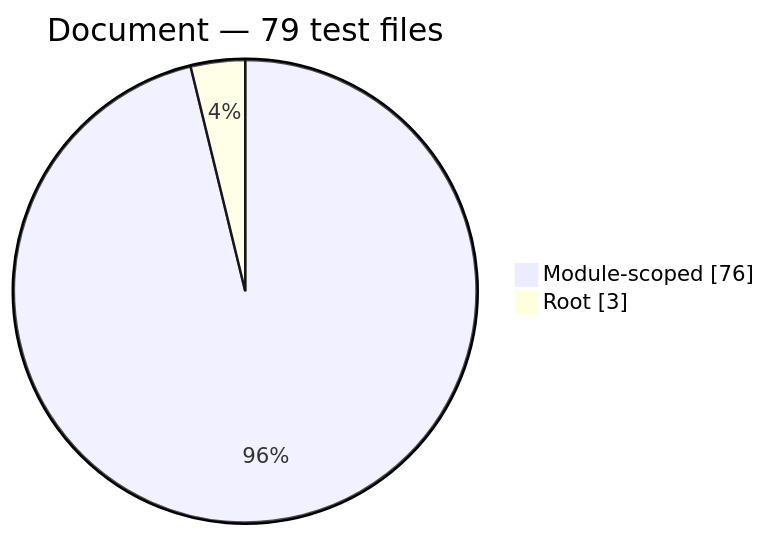
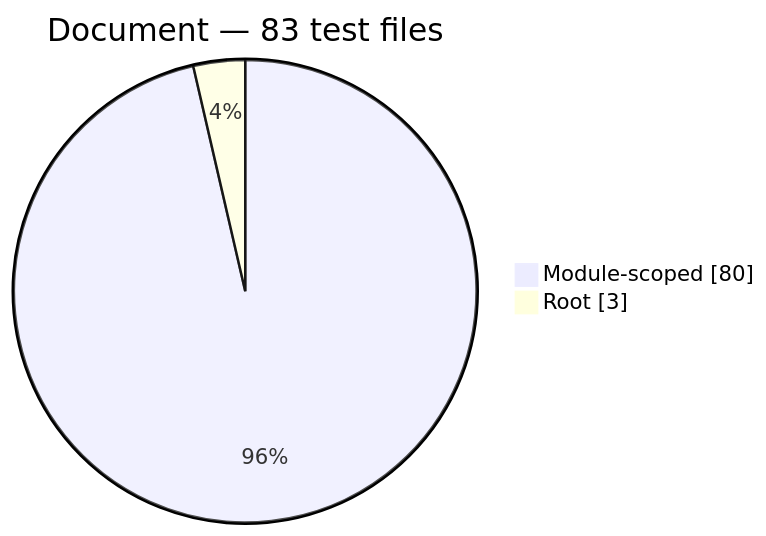
The fourth of 12 diagrams in docs/generated/test-composition.md (Mohammed-Alama/php-arazzo), drawn with Mermaid before and after one commit. The commit also changed other lines of this file and 22 other files, not shown here.

````diff
--- a/docs/generated/test-composition.md
+++ b/docs/generated/test-composition.md
@@ -60,6 +60,6 @@
 ```mermaid
 pie showData
-    title Document — 79 test files
-    "Module-scoped": 76
+    title Document — 83 test files
+    "Module-scoped": 80
     "Root": 3
 ```
````
